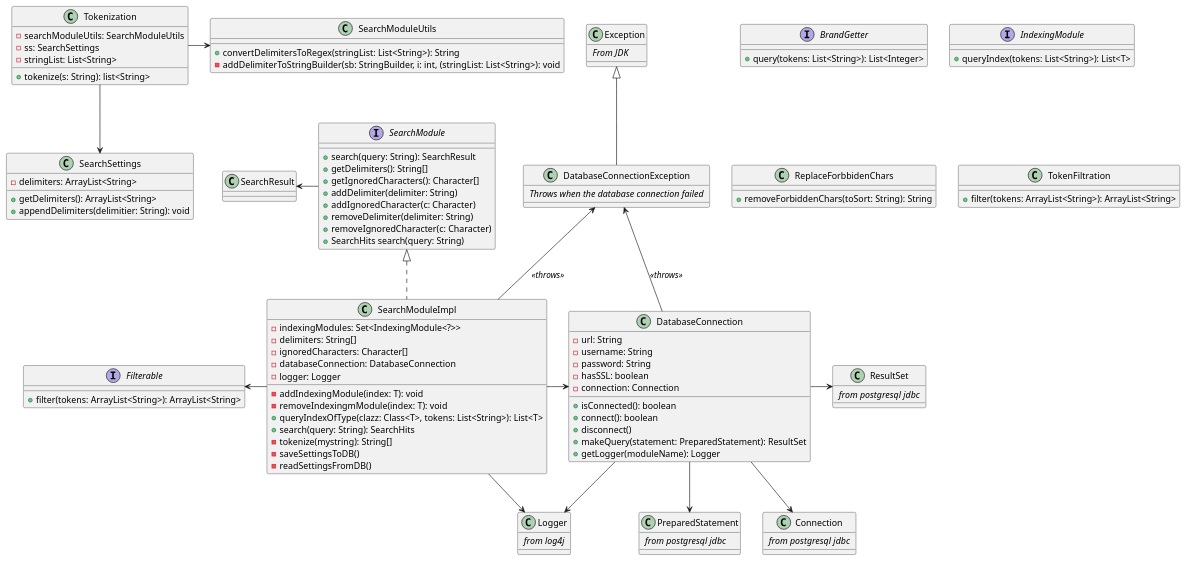
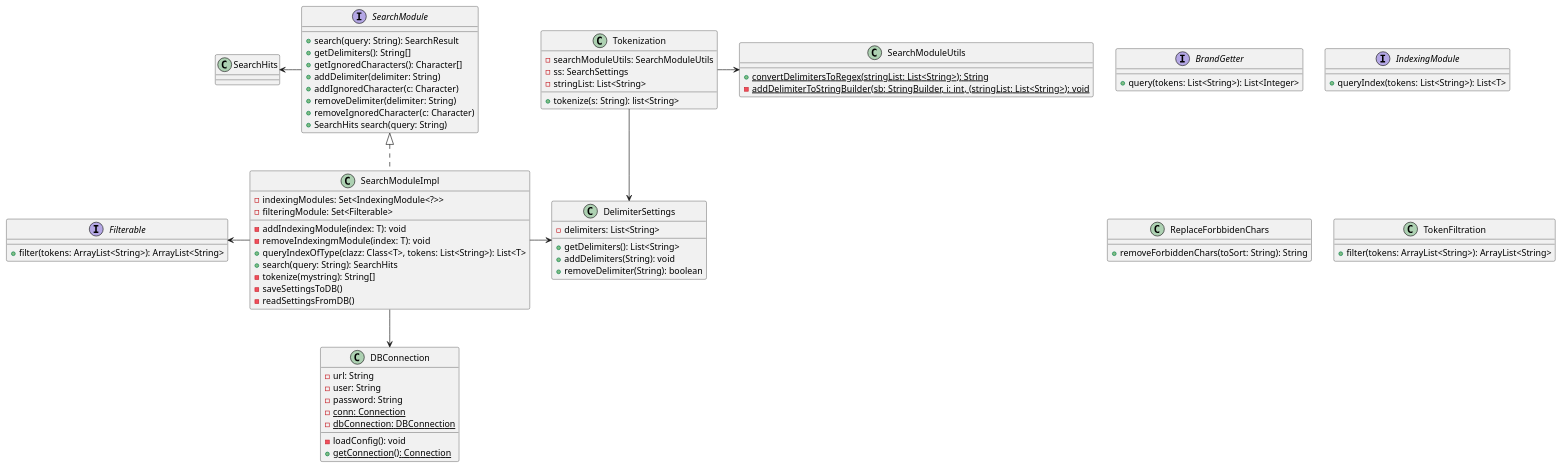
One commit to LangeHenrik/SDU-SE-F22 changed the diagram in src/main/java/dk/sdu/se_f22/searchmodule/infrastructure/diagrams/classdiagram.puml. Above: the diagram before and after it, drawn with PlantUML.

Commit message:
SearchModule infratructure UML rework

```diff
--- a/src/main/java/dk/sdu/se_f22/searchmodule/infrastructure/diagrams/classdiagram.puml
+++ b/src/main/java/dk/sdu/se_f22/searchmodule/infrastructure/diagrams/classdiagram.puml
@@ -1,128 +1,89 @@
 @startuml
 
 interface BrandGetter {
     + query(tokens: List<String>): List<Integer>
 }
 
 interface Filterable {
     + filter(tokens: ArrayList<String>): ArrayList<String>
 }
 
 interface IndexingModule {
     + queryIndex(tokens: List<String>): List<T>
 }
 
 
 interface SearchModule {
     + search(query: String): SearchResult
     + getDelimiters(): String[]
     + getIgnoredCharacters(): Character[]
     + addDelimiter(delimiter: String)
     + addIgnoredCharacter(c: Character)
     + removeDelimiter(delimiter: String)
     + removeIgnoredCharacter(c: Character)
     + SearchHits search(query: String)
 }
 
 class ReplaceForbbidenChars {
     + removeForbiddenChars(toSort: String): String
 }
 
 class SearchModuleImpl implements SearchModule {
     - indexingModules: Set<IndexingModule<?>>
-    - delimiters: String[]
-    - ignoredCharacters: Character[]
-    - databaseConnection: DatabaseConnection
-    - logger: Logger
+    - filteringModule: Set<Filterable>
+
     - addIndexingModule(index: T): void
     - removeIndexingmModule(index: T): void
     + queryIndexOfType(clazz: Class<T>, tokens: List<String>): List<T>
     + search(query: String): SearchHits
     - tokenize(mystring): String[]
     - saveSettingsToDB()
     - readSettingsFromDB()
 }
 
 class SearchModuleUtils {
-    + convertDelimitersToRegex(stringList: List<String>): String
-    - addDelimiterToStringBuilder(sb: StringBuilder, i: int, (stringList: List<String>): void
+    + {static}convertDelimitersToRegex(stringList: List<String>): String
+    - {static}addDelimiterToStringBuilder(sb: StringBuilder, i: int, (stringList: List<String>): void
 }
 
-class SearchSettings {
-    - delimiters: ArrayList<String>
-    + getDelimiters(): ArrayList<String>
-    + appendDelimiters(delimitier: String): void
+class DelimiterSettings {
+    - delimiters: List<String>
+    + getDelimiters(): List<String>
+    + addDelimiters(String): void
+    + removeDelimiter(String): boolean
 }
 
 class TokenFiltration {
     +filter(tokens: ArrayList<String>): ArrayList<String>
 }
 
 class Tokenization {
     - searchModuleUtils: SearchModuleUtils
     - ss: SearchSettings
     - stringList: List<String>
     +tokenize(s: String): list<String>
 }
 
-class DatabaseConnection {
+class DBConnection {
     - url: String
-    - username: String
+    - user: String
     - password: String
-    - hasSSL: boolean
-    - connection: Connection
+    - {static}conn: Connection
+    - {static} dbConnection: DBConnection
 
-    + isConnected(): boolean
-    + connect(): boolean
-    + disconnect()
-    + makeQuery(statement: PreparedStatement): ResultSet
-    ' see https://stackoverflow.com/a/36710057
-    + getLogger(moduleName): Logger
-}
+    - loadConfig(): void
+    + {static} getConnection(): Connection
 
-class Exception {
-    // From JDK //
-}
-
-class DatabaseConnectionException extends Exception {
-    // Throws when the database connection failed //
 }
 
 
-class Connection {
-    // from postgresql jdbc //
-}
-
-class PreparedStatement {
-    // from postgresql jdbc //
-}
-
-class ResultSet {
-    // from postgresql jdbc //
-}
-
-class Logger {
-    // from log4j //
-}
-
 Tokenization -> SearchModuleUtils
-Tokenization --> SearchSettings
-SearchResult <- SearchModule
+Tokenization --> DelimiterSettings
+SearchHits <- SearchModule
 Filterable <- SearchModuleImpl
-SearchModuleImpl -> DatabaseConnection
-DatabaseConnectionException <-- DatabaseConnection: //<<throws>>//
-DatabaseConnectionException <-- SearchModuleImpl: //<<throws>>//
-
-SearchModuleImpl --> Logger
-DatabaseConnection -> Logger
-
-DatabaseConnection -> ResultSet
-DatabaseConnection -> PreparedStatement
-DatabaseConnection -> Connection
-
-ResultSet --[hidden]> PreparedStatement
-PreparedStatement -[hidden]> Connection
+SearchModuleImpl --> DBConnection
+SearchModuleImpl -> DelimiterSettings
 
 
 
 @enduml
```
